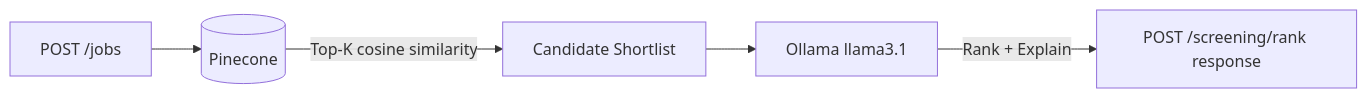
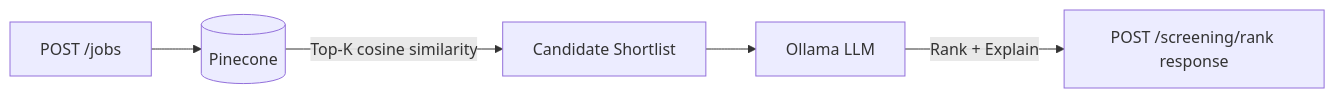
Before and after one commit to LakshyaTecno/resume-screening-service: the second of 2 diagrams in README.md, drawn with Mermaid. The commit also changed other lines of this file and 20 other files, not shown here.

````diff
--- a/README.md
+++ b/README.md
@@ -57,7 +56,7 @@
 ```mermaid
 flowchart LR
     JD["POST /jobs"] --> PC[(Pinecone)]
     PC -->|Top-K cosine similarity| Shortlist[Candidate Shortlist]
-    Shortlist --> LLM2[Ollama llama3.1]
+    Shortlist --> LLM2[Ollama LLM]
     LLM2 -->|Rank + Explain| Results["POST /screening/rank response"]
 ```
````
